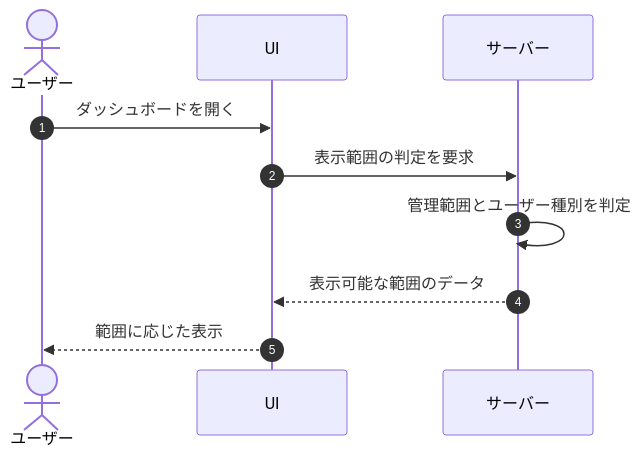
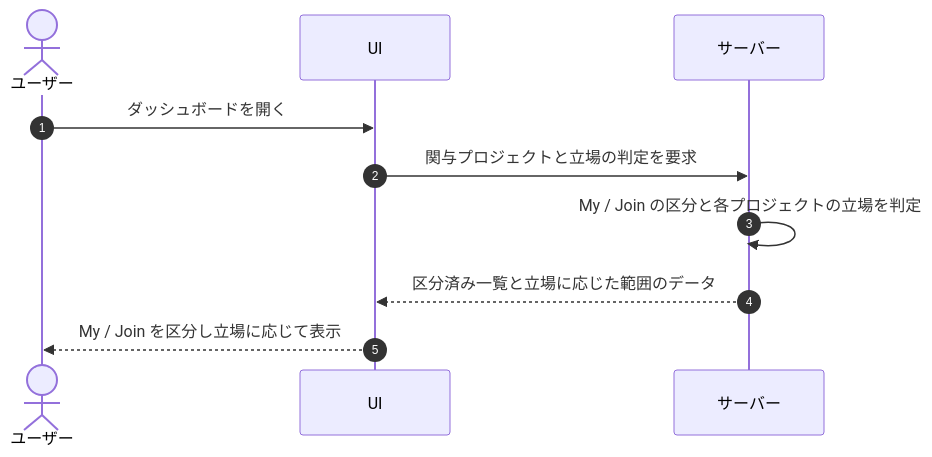
Diagram 19 of 37 in 01_requirements/02_functional_requirement/03_usage-fr.md (sikakou54/open-faq), drawn with Mermaid before and after one commit. The commit also changed other lines of this file and 191 other files, not shown here.

````diff
--- a/01_requirements/02_functional_requirement/03_usage-fr.md
+++ b/01_requirements/02_functional_requirement/03_usage-fr.md
@@ -517,12 +517,12 @@
 ```mermaid
 sequenceDiagram
   autonumber
   actor U as ユーザー
   participant UI as UI
   participant S as サーバー
   U->>UI: ダッシュボードを開く
-  UI->>S: 表示範囲の判定を要求
-  S->>S: 管理範囲とユーザー種別を判定
-  S-->>UI: 表示可能な範囲のデータ
-  UI-->>U: 範囲に応じた表示
+  UI->>S: 関与プロジェクトと立場の判定を要求
+  S->>S: My / Join の区分と各プロジェクトの立場を判定
+  S-->>UI: 区分済み一覧と立場に応じた範囲のデータ
+  UI-->>U: My / Join を区分し立場に応じて表示
 ```
````
